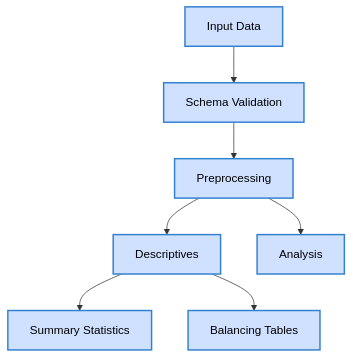
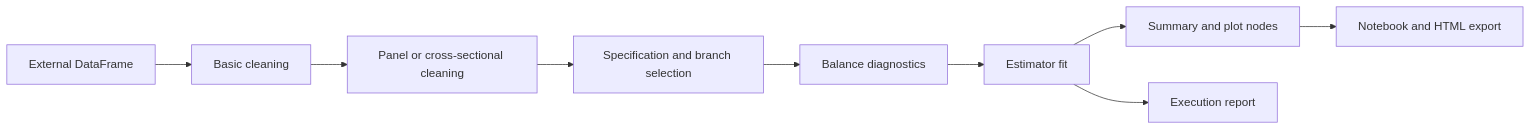
Before and after one commit to pyautocausal/pyautocausal: the diagram in docs/design-document.md, drawn with Mermaid. The commit also changed other lines of this file and 41 other files, not shown here.

````diff
--- a/docs/design-document.md
+++ b/docs/design-document.md
@@ -86,16 +27,11 @@
 ```mermaid
-graph TD
-    A[Input Data] --> B[Schema Validation]
-    
-    B --> C[Preprocessing]
-    
-    C --> D[Descriptives]
-    D --> D1[Summary Statistics]
-    D --> D2[Balancing Tables]
-    
-    C --> E[Analysis]
-    
-    %% All nodes in this graph are action nodes
-    classDef actionNode fill:#d0e0ff,stroke:#3080cf,stroke-width:2px,color:black;
-    class A,B,C,D,D1,D2,E actionNode;
+flowchart LR
+    A[External DataFrame] --> B[Basic cleaning]
+    B --> C[Panel or cross-sectional cleaning]
+    C --> D[Specification and branch selection]
+    D --> E[Balance diagnostics]
+    E --> F[Estimator fit]
+    F --> G[Summary and plot nodes]
+    F --> H[Execution report]
+    G --> I[Notebook and HTML export]
 ```
````
